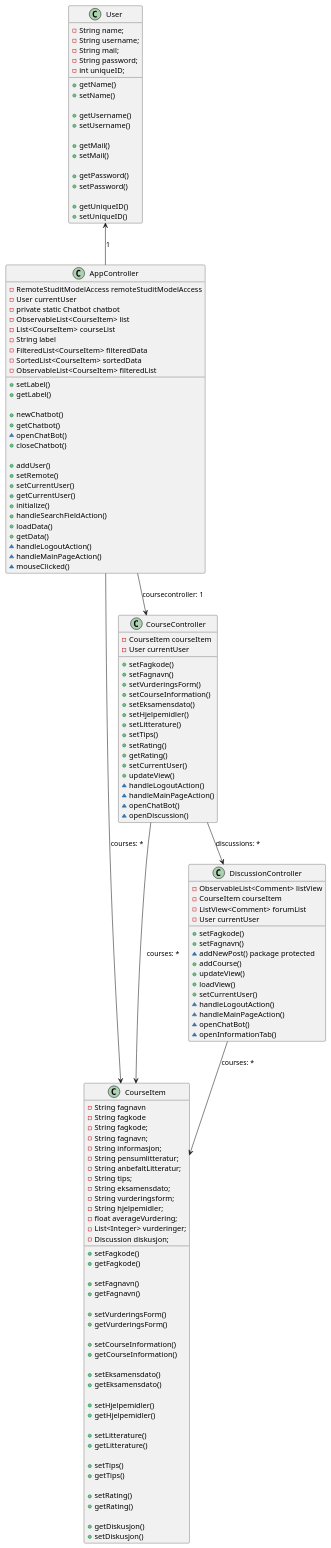
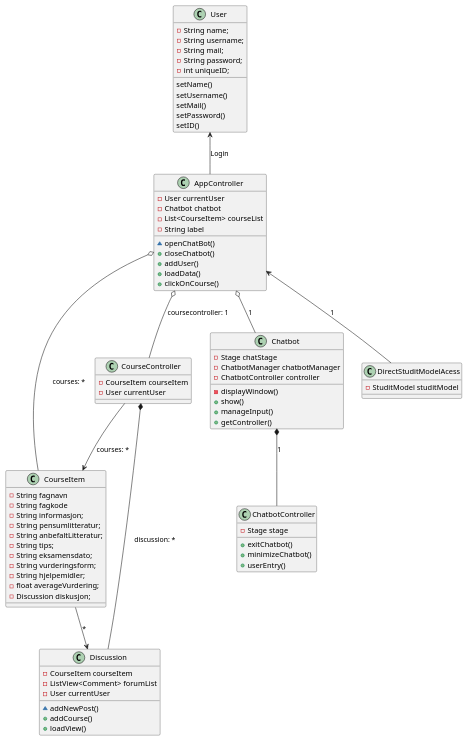
Before and after one commit to hakonbjork/StudIt: the diagram in StudIt/classDiagram.puml, drawn with PlantUML.

Commit message:
#70 updated class diagram

```diff
--- a/StudIt/classDiagram.puml
+++ b/StudIt/classDiagram.puml
@@ -1,160 +1,97 @@
 @startuml
 class CourseItem {
   - String fagnavn
   - String fagkode
-  - String fagkode;
-  - String fagnavn;
   - String informasjon;
   - String pensumlitteratur;
   - String anbefaltLitteratur;
   - String tips;
   - String eksamensdato;
   - String vurderingsform;
   - String hjelpemidler;
   - float averageVurdering;
-  - List<Integer> vurderinger;
   - Discussion diskusjon;
-
-  + setFagkode()
-  + getFagkode()
-
-  + setFagnavn()
-  + getFagnavn()
-
-  + setVurderingsForm()
-  + getVurderingsForm()
-  
-  + setCourseInformation()
-  + getCourseInformation()
-
-  + setEksamensdato()
-  + getEksamensdato()
-
-  + setHjelpemidler()
-  + getHjelpemidler()
-
-  + setLitterature()
-  + getLitterature()
-
-  + setTips()
-  + getTips()
-
-  + setRating()
-  + getRating()
-
-  + getDiskusjon()
-  + setDiskusjon()
 }
 
 
-class CourseController{
+class CourseController {
   - CourseItem courseItem
   - User currentUser
-  
-  + setFagkode()
-  + setFagnavn()
-  + setVurderingsForm()
-  + setCourseInformation()
-  + setEksamensdato()
-  + setHjelpemidler()
-  + setLitterature()
-  + setTips()
-  + setRating()
-  + getRating()
-  + setCurrentUser()
-  + updateView()
-  ~ handleLogoutAction()
-  ~ handleMainPageAction()
-  ~ openChatBot()
-  ~ openDiscussion()
 }
 
 
-class DiscussionController{
-    - ObservableList<Comment> listView
+class Discussion {
     - CourseItem courseItem
     - ListView<Comment> forumList
     - User currentUser
 
-    + setFagkode()
-    + setFagnavn()
-    ~ addNewPost() package protected
+    ~ addNewPost()
     + addCourse()
-    + updateView()
     + loadView()
-    + setCurrentUser()
-    ~ handleLogoutAction()
-    ~ handleMainPageAction()
-    ~ openChatBot()
-    ~ openInformationTab()
 }
 
 
 class User {
     - String name;
     - String username;
     - String mail;
     - String password;
     - int uniqueID;
 
-    + getName()
-    + setName()
-
-    + getUsername()
-    + setUsername()
-
-    + getMail()
-    + setMail()
-
-    + getPassword()
-    + setPassword()
-
-    + getUniqueID()
-    + setUniqueID()
+    setName()
+    setUsername()
+    setMail()
+    setPassword()
+    setID()
 }
 
  
 class AppController {
-    - RemoteStuditModelAccess remoteStuditModelAccess
     - User currentUser
-    - private static Chatbot chatbot
-    - ObservableList<CourseItem> list
+    - Chatbot chatbot
     - List<CourseItem> courseList
     - String label
-    - FilteredList<CourseItem> filteredData
-    - SortedList<CourseItem> sortedData 
-    - ObservableList<CourseItem> filteredList 
 
-    + setLabel()
-    + getLabel()
-
-    + newChatbot()
-    + getChatbot()
     ~ openChatBot()
     + closeChatbot()
+    + addUser()
+    + loadData()
+    + clickOnCourse()
+}
 
-    + addUser()
-    + setRemote()
-    + setCurrentUser()
-    + getCurrentUser()
-    + initialize()
-    + handleSearchFieldAction()
-    + loadData()
-    + getData()
-    ~ handleLogoutAction()
-    ~ handleMainPageAction()
-    ~ mouseClicked()
-   
+class Chatbot{
+    - Stage chatStage
+    - ChatbotManager chatbotManager
+    - ChatbotController controller
+
+    - displayWindow()
+    + show()
+    + manageInput()
+    + getController()
+}
+
+class ChatbotController {
+    - Stage stage     
+    + exitChatbot()
+    + minimizeChatbot()
+    + userEntry()
+}
+
+class DirectStuditModelAcess {
+    - StuditModel studitModel    
 }
 
 
-AppController --> CourseItem: courses: *
-AppController --> CourseController: coursecontroller: 1
+User <-- AppController: Login
 
+AppController o-- CourseItem: courses: *
+AppController <-- DirectStuditModelAcess: 1
+
+AppController o-- CourseController: coursecontroller: 1
+AppController o-- Chatbot: 1
+Chatbot *-- ChatbotController: 1
+
+CourseItem --> Discussion: *
 CourseController --> CourseItem : courses: *
-CourseController --> DiscussionController : discussions: *
-
-DiscussionController --> CourseItem : courses: *
-
-User <-- AppController : 1
+CourseController *-- Discussion : discussion: *
 @enduml
```
